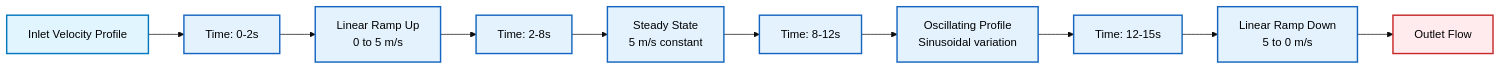
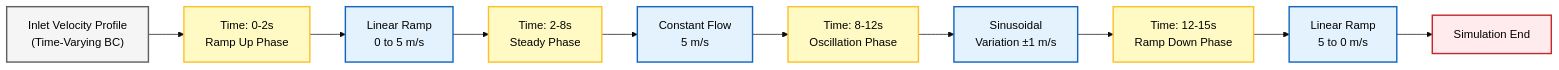
The ninth of 11 diagrams in MODULE_01_CFD_FUNDAMENTALS/CONTENT/03_BOUNDARY_CONDITIONS/02_Fundamental_Classification.md (wramet/build-my-cfd), drawn with Mermaid (base theme) before and after one commit. The commit also changed other lines of this file and 313 other files, not shown here.

Commit message:
Revise all diagram

````diff
--- a/MODULE_01_CFD_FUNDAMENTALS/CONTENT/03_BOUNDARY_CONDITIONS/02_Fundamental_Classification.md
+++ b/MODULE_01_CFD_FUNDAMENTALS/CONTENT/03_BOUNDARY_CONDITIONS/02_Fundamental_Classification.md
@@ -914,20 +885,17 @@
 ```mermaid
 graph LR
-    A["Inlet Velocity Profile"] --> B["Time: 0-2s"]
-    B --> C["Linear Ramp Up<br/>0 to 5 m/s"]
-    C --> D["Time: 2-8s"]
-    D --> E["Steady State<br/>5 m/s constant"]
-    E --> F["Time: 8-12s"]
-    F --> G["Oscillating Profile<br/>Sinusoidal variation"]
-    G --> H["Time: 12-15s"]
-    H --> I["Linear Ramp Down<br/>5 to 0 m/s"]
-    I --> J["Outlet Flow"]
+A["Inlet Velocity Profile<br/>(Time-Varying BC)"]:::context --> B["Time: 0-2s<br/>Ramp Up Phase"]:::explicit
+B --> C["Linear Ramp<br/>0 to 5 m/s"]:::implicit
+C --> D["Time: 2-8s<br/>Steady Phase"]:::explicit
+D --> E["Constant Flow<br/>5 m/s"]:::implicit
+E --> F["Time: 8-12s<br/>Oscillation Phase"]:::explicit
+F --> G["Sinusoidal<br/>Variation ±1 m/s"]:::implicit
+G --> H["Time: 12-15s<br/>Ramp Down Phase"]:::explicit
+H --> I["Linear Ramp<br/>5 to 0 m/s"]:::implicit
+I --> J["Simulation End"]:::volatile
 
-    style A fill:#e1f5fe,stroke:#0277bd,stroke-width:2px,color:#000
-    style J fill:#ffebee,stroke:#c62828,stroke-width:2px,color:#000
-
-    classDef process fill:#e3f2fd,stroke:#1565c0,stroke-width:2px,color:#000;
-    classDef transition fill:#f3e5f5,stroke:#7b1fa2,stroke-width:2px,color:#000;
-
-    class B,C,D,E,F,G,H,I process
+classDef context fill:#f5f5f5,stroke:#616161,stroke-width:2px,color:#000;
+classDef implicit fill:#e3f2fd,stroke:#1565c0,stroke-width:2px,color:#000;
+classDef explicit fill:#fff9c4,stroke:#fbc02d,stroke-width:2px,color:#000;
+classDef volatile fill:#ffebee,stroke:#c62828,stroke-width:2px,color:#000;
 ```
````
